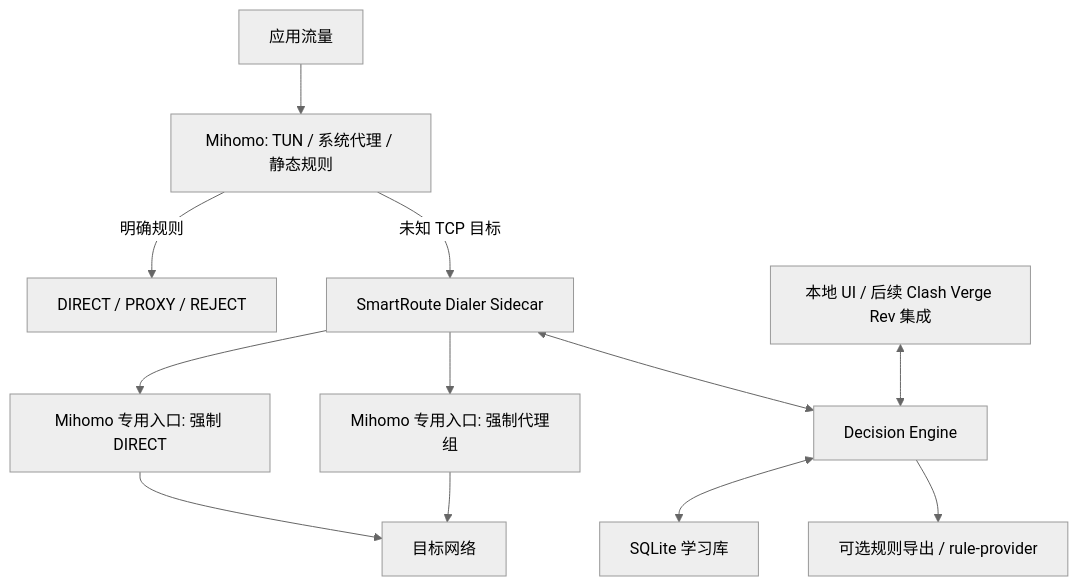
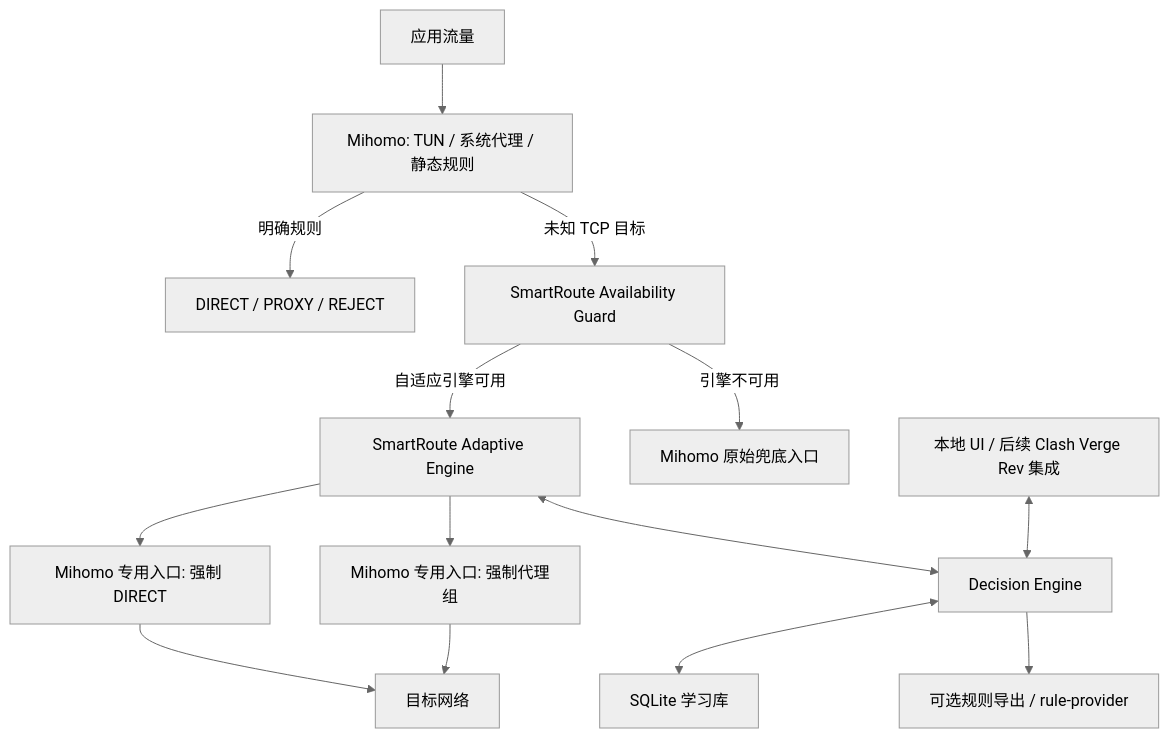
One commit to firfisa/smartroute changed the first of 4 diagrams in docs/02-technical-design.md. Above: the diagram before and after it, drawn with Mermaid (neutral theme). The commit also changed other lines of this file and 22 other files, not shown here.

Commit message:
feat(runtime): add adaptive availability guard

````diff
--- a/docs/02-technical-design.md
+++ b/docs/02-technical-design.md
@@ -28,14 +28,16 @@
 ```mermaid
 flowchart TB
     App["应用流量"] --> M["Mihomo: TUN / 系统代理 / 静态规则"]
     M -->|"明确规则"| Fixed["DIRECT / PROXY / REJECT"]
-    M -->|"未知 TCP 目标"| S["SmartRoute Dialer Sidecar"]
+    M -->|"未知 TCP 目标"| G["SmartRoute Availability Guard"]
+    G -->|"自适应引擎可用"| S["SmartRoute Adaptive Engine"]
+    G -->|"引擎不可用"| O["Mihomo 原始兜底入口"]
     S --> D["Mihomo 专用入口: 强制 DIRECT"]
     S --> P["Mihomo 专用入口: 强制代理组"]
     D --> Net["目标网络"]
     P --> Net
     S <--> E["Decision Engine"]
     E <--> DB["SQLite 学习库"]
     UI["本地 UI / 后续 Clash Verge Rev 集成"] <--> E
     E --> Export["可选规则导出 / rule-provider"]
 ```
````
